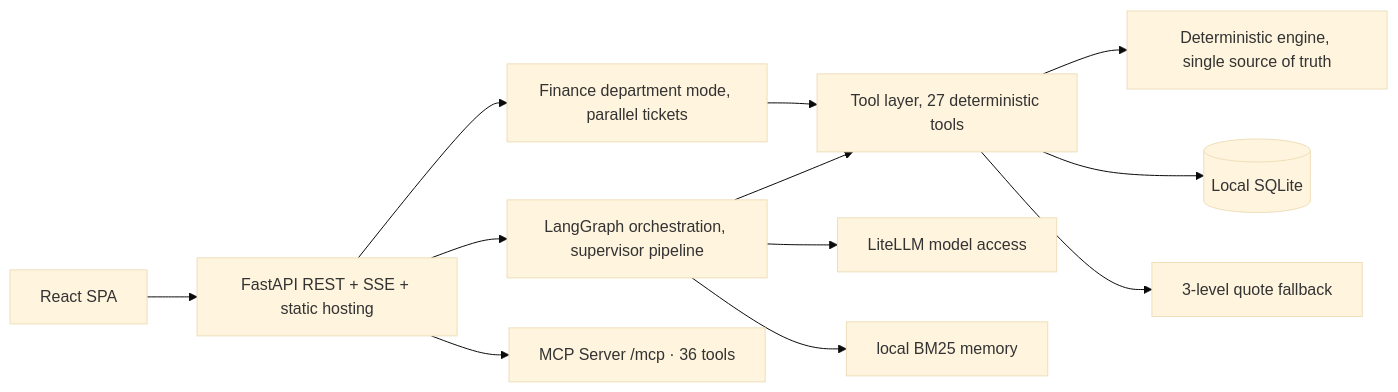
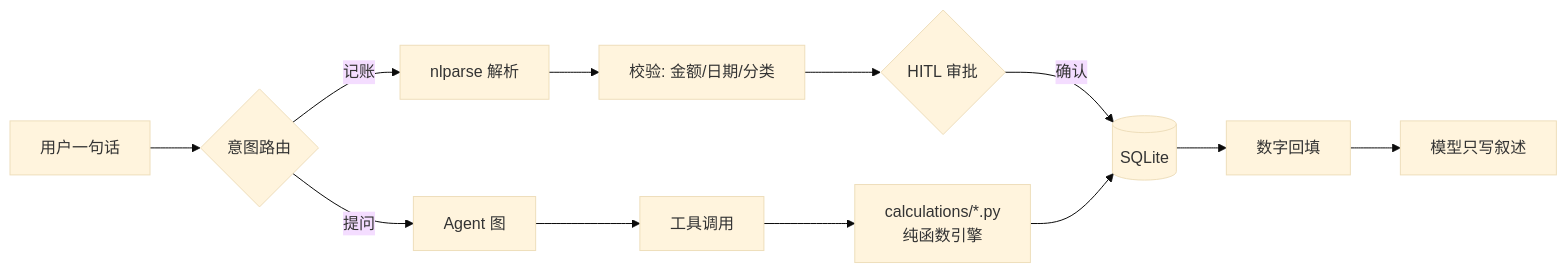
Before and after one commit to Morningstar202604/moneyhelper: the diagram in README.md, drawn with Mermaid (base theme). The commit also changed other lines of this file and 59 other files, not shown here.

````diff
--- a/README.md
+++ b/README.md
@@ -238,14 +76,14 @@
 ```mermaid
 flowchart LR
-    FE[React SPA] --> API[FastAPI REST + SSE + static hosting]
-    API --> G[LangGraph orchestration, supervisor pipeline]
-    API --> D[Finance department mode, parallel tickets]
-    G --> T[Tool layer, 27 deterministic tools]
-    D --> T
-    T --> K[Deterministic engine, single source of truth]
-    T --> DB[(Local SQLite)]
-    T --> Q[3-level quote fallback]
-    G --> L[LiteLLM model access]
-    G --> M[local BM25 memory]
-    API --> MCP[MCP Server /mcp · 36 tools]
+    U[用户一句话] --> R{意图路由}
+    R -->|记账| P[nlparse 解析]
+    R -->|提问| A[Agent 图]
+    P --> V[校验: 金额/日期/分类]
+    V --> H{HITL 审批}
+    H -->|确认| DB[(SQLite)]
+    A --> T[工具调用]
+    T --> C["calculations/*.py<br/>纯函数引擎"]
+    C --> DB
+    DB --> N[数字回填]
+    N --> O[模型只写叙述]
 ```
````
